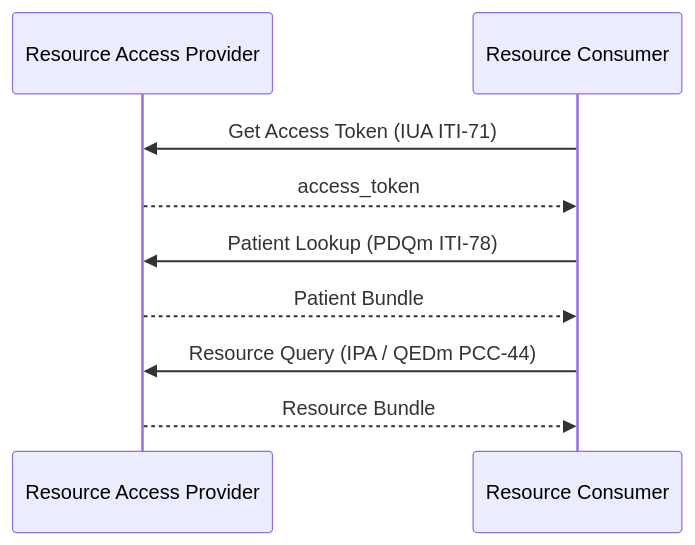
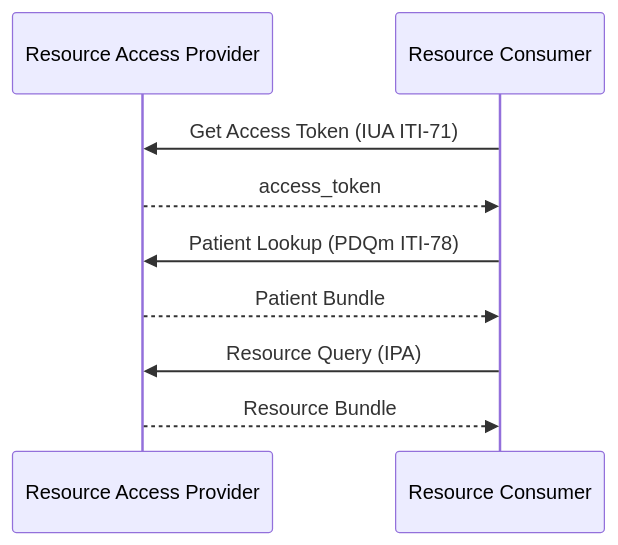
Before and after one commit to euridice-org/eu-health-data-api: the second of 2 diagrams in input/pagecontent/actors.md, drawn with Mermaid. The commit also changed other lines of this file and 5 other files, not shown here.

First line of the commit message:
FHIR-56635: complete QEDm demotion — IPA-primary across prose, CapabilityStatements, diagram sources

````diff
--- a/input/pagecontent/actors.md
+++ b/input/pagecontent/actors.md
@@ -149,12 +146,12 @@
 ```mermaid
 sequenceDiagram
     participant Provider as Resource Access Provider
     participant Consumer as Resource Consumer
 
     Consumer->>Provider: Get Access Token (IUA ITI-71)
     Provider-->>Consumer: access_token
     Consumer->>Provider: Patient Lookup (PDQm ITI-78)
     Provider-->>Consumer: Patient Bundle
-    Consumer->>Provider: Resource Query (IPA / QEDm PCC-44)
+    Consumer->>Provider: Resource Query (IPA)
     Provider-->>Consumer: Resource Bundle
 ```
````
